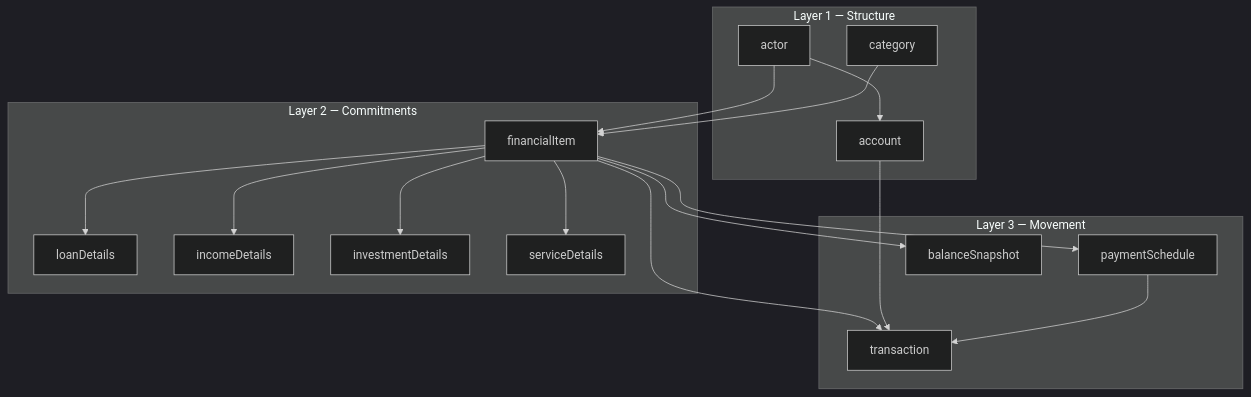
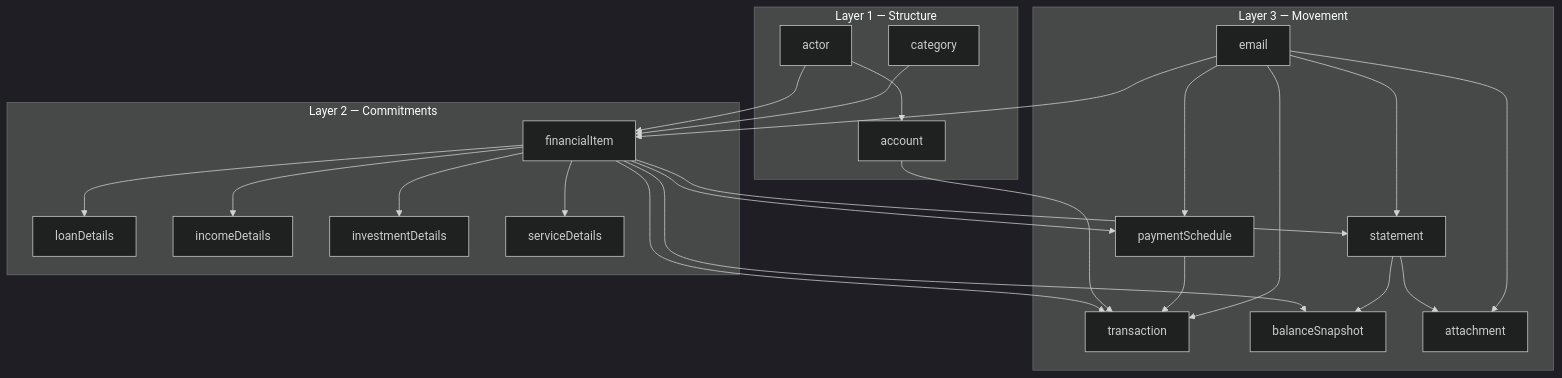
One commit to AndresLGomezO/spa-base changed the first of 5 diagrams in docs/rates-data-model.md. Above: the diagram before and after it, drawn with Mermaid (dark theme). The commit also changed other lines of this file and 42 other files, not shown here.

First line of the commit message:
Add statement entity ingest via Rates hooks with email ledger and attachments.

````diff
--- a/docs/rates-data-model.md
+++ b/docs/rates-data-model.md
@@ -82,32 +82,43 @@
 ```mermaid
 flowchart TB
     subgraph structure [Layer 1 — Structure]
         actor[actor]
         account[account]
         category[category]
     end
     subgraph commitments [Layer 2 — Commitments]
         financialItem[financialItem]
         loanDetails[loanDetails]
         incomeDetails[incomeDetails]
         investmentDetails[investmentDetails]
         serviceDetails[serviceDetails]
     end
     subgraph movement [Layer 3 — Movement]
         paymentSchedule[paymentSchedule]
         transaction[transaction]
         balanceSnapshot[balanceSnapshot]
+        attachment[attachment]
+        statement[statement]
+        email[email]
     end
     actor --> account
     actor --> financialItem
     category --> financialItem
     financialItem --> loanDetails
     financialItem --> incomeDetails
     financialItem --> investmentDetails
     financialItem --> serviceDetails
     financialItem --> paymentSchedule
     financialItem --> balanceSnapshot
     financialItem --> transaction
+    financialItem --> statement
     account --> transaction
     paymentSchedule --> transaction
+    statement --> balanceSnapshot
+    statement --> attachment
+    email --> financialItem
+    email --> statement
+    email --> transaction
+    email --> paymentSchedule
+    email --> attachment
 ```
````
